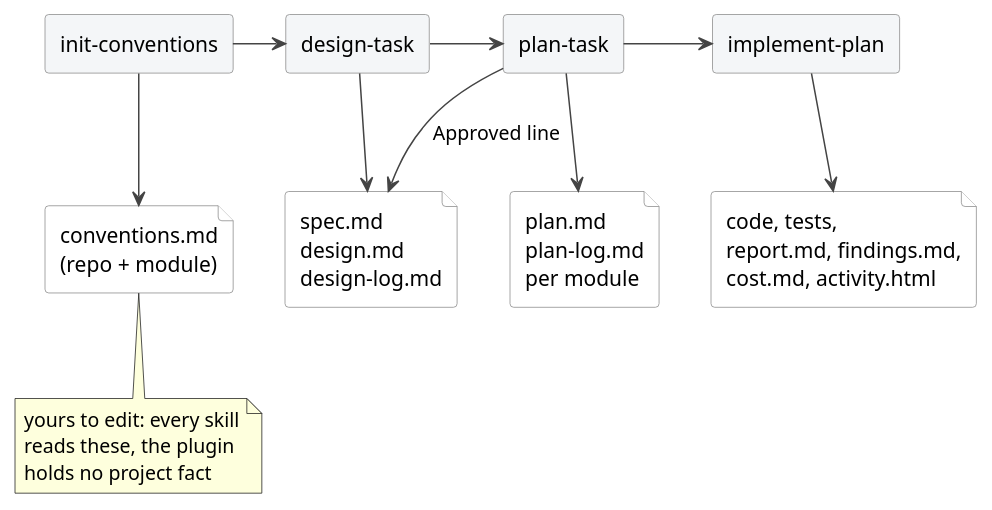
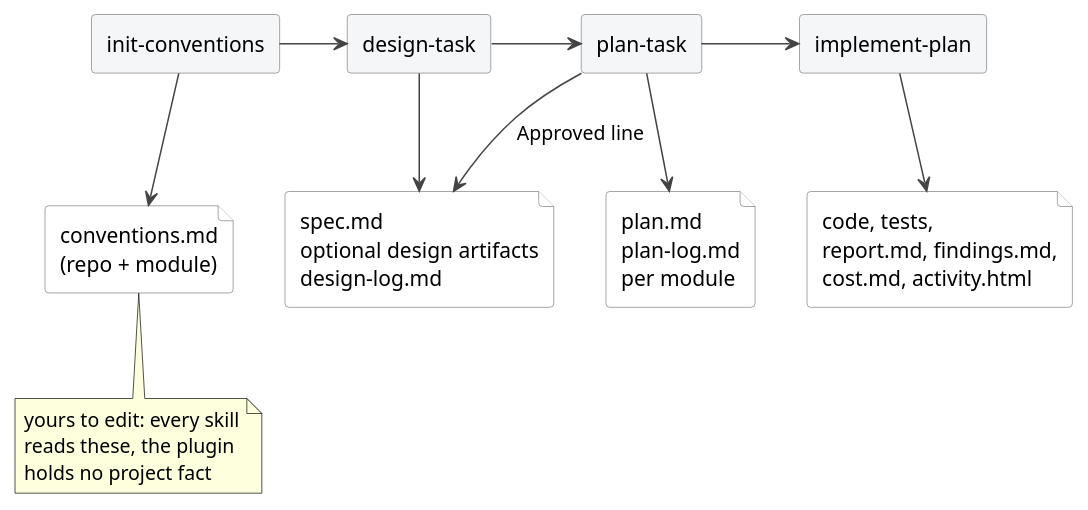
Before and after one commit to ds-usova/tdd-sdlc: the diagram in docs/diagrams/workflow.puml, drawn with PlantUML. The commit also changed 58 other files, not shown here.

Commit message:
Split design into design artifacts

```diff
--- a/docs/diagrams/workflow.puml
+++ b/docs/diagrams/workflow.puml
@@ -1,41 +1,41 @@
 @startuml workflow
 skinparam defaultFontName Helvetica
 skinparam shadowing false
 skinparam ArrowColor #444
 skinparam rectangle {
   BackgroundColor #F4F6F8
   BorderColor #888
 }
 skinparam file {
   BackgroundColor #FFFFFF
   BorderColor #888
 }
 top to bottom direction
 
 rectangle "init-conventions" as IC
 rectangle "design-task" as DT
 rectangle "plan-task" as PT
 rectangle "implement-plan" as IP
 file "conventions.md\n(repo + module)" as CV
-file "spec.md \ndesign.md\ndesign-log.md" as D
+file "spec.md\noptional design artifacts\ndesign-log.md" as D
 file "plan.md\nplan-log.md\nper module" as P
 file "code, tests,\nreport.md, findings.md,\ncost.md, activity.html" as C
 
 note bottom of CV
   yours to edit: every skill
   reads these, the plugin
   holds no project fact
 end note
 
 IC -> DT
 DT -> PT
 PT -> IP
 IC --> CV
 DT --> D
 PT --> P
 PT --> D : Approved line
 IP --> C
 CV -[hidden]> D
 D -[hidden]> P
 P -[hidden]> C
 @enduml
```
